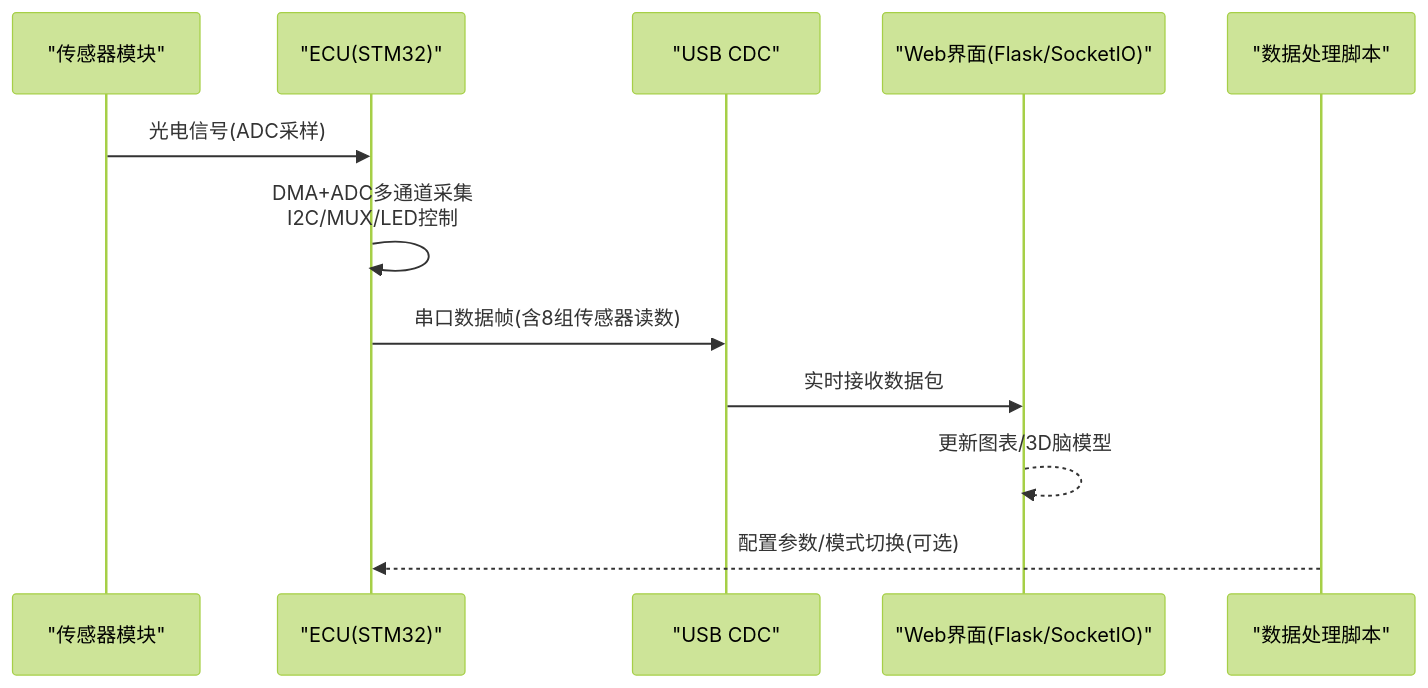
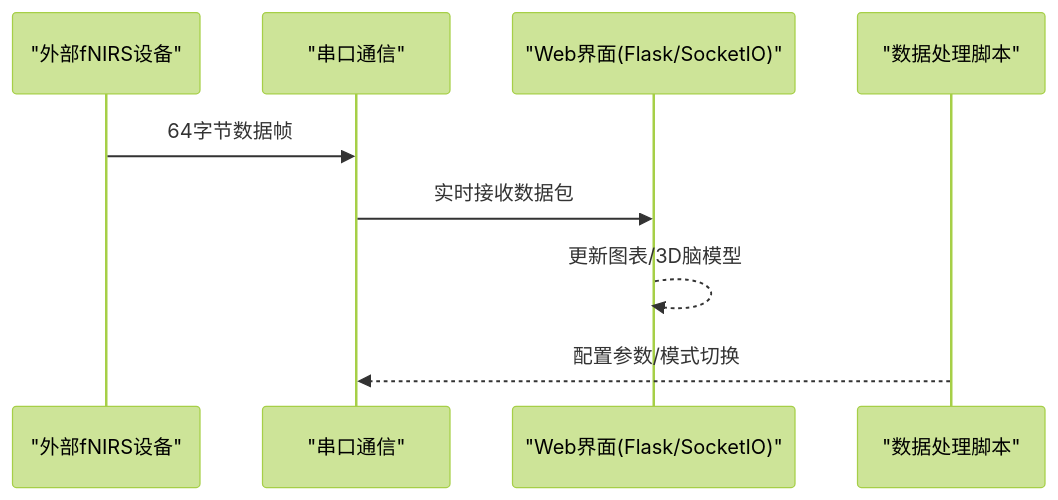
Before and after one commit to zhushizi/fNIRS-main: the second of 4 diagrams in .qoder/repowiki/zh/content/项目概述.md, drawn with Mermaid (forest theme). The commit also changed other lines of this file and 28 other files, not shown here.

````diff
--- a/.qoder/repowiki/zh/content/项目概述.md
+++ b/.qoder/repowiki/zh/content/项目概述.md
@@ -115,14 +102,11 @@
 ```mermaid
 sequenceDiagram
-participant Sensor as "传感器模块"
-participant ECU as "ECU(STM32)"
-participant USB as "USB CDC"
+participant Device as "外部fNIRS设备"
+participant Serial as "串口通信"
 participant GUI as "Web界面(Flask/SocketIO)"
 participant Proc as "数据处理脚本"
-Sensor->>ECU : 光电信号(ADC采样)
-ECU->>ECU : DMA+ADC多通道采集<br/>I2C/MUX/LED控制
-ECU->>USB : 串口数据帧(含8组传感器读数)
-USB->>GUI : 实时接收数据包
+Device->>Serial : 64字节数据帧
+Serial->>GUI : 实时接收数据包
 GUI-->>GUI : 更新图表/3D脑模型
-Proc-->>ECU : 配置参数/模式切换(可选)
+Proc-->>Serial : 配置参数/模式切换
 ```
````
